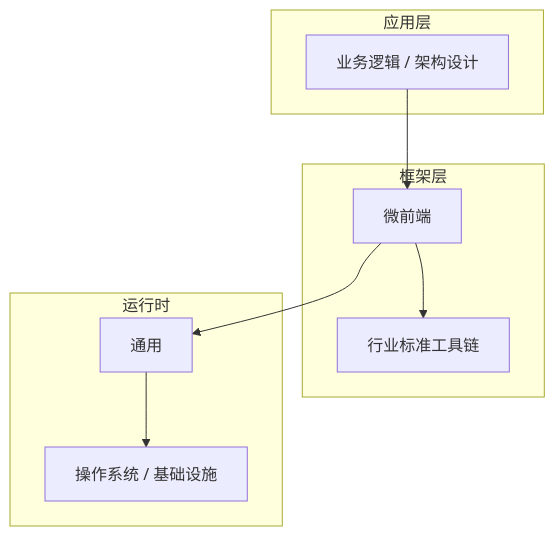
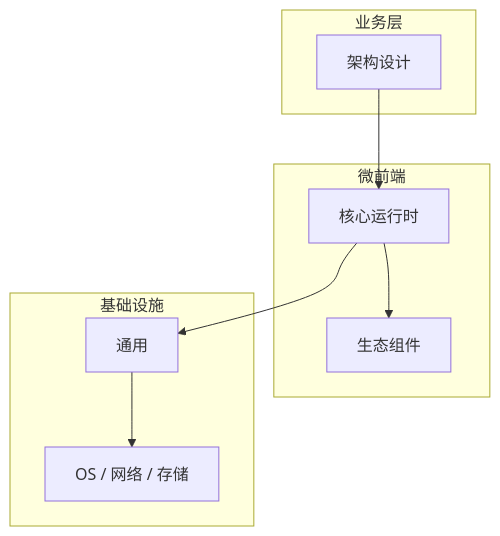
The diagram in articles/微前端/chapters/007-架构设计核心概念与原理.md (yanggan2015/knowledge-json-v2), drawn with Mermaid before and after one commit. The commit also changed other lines of this file and 10127 other files, not shown here.

````diff
--- a/articles/微前端/chapters/007-架构设计核心概念与原理.md
+++ b/articles/微前端/chapters/007-架构设计核心概念与原理.md
@@ -45,18 +34,18 @@
 ```mermaid
 graph TB
-    subgraph 应用层
-        A[业务逻辑 / 架构设计]
+    subgraph 业务层
+        A[架构设计]
     end
-    subgraph 框架层
-        B[微前端]
-        C[行业标准工具链]
+    subgraph 微前端
+        B[核心运行时]
+        C[生态组件]
     end
-    subgraph 运行时
+    subgraph 基础设施
         D[通用]
-        E[操作系统 / 基础设施]
+        E[OS / 网络 / 存储]
     end
     A --> B
     B --> C
     B --> D
     D --> E
 ```
````
